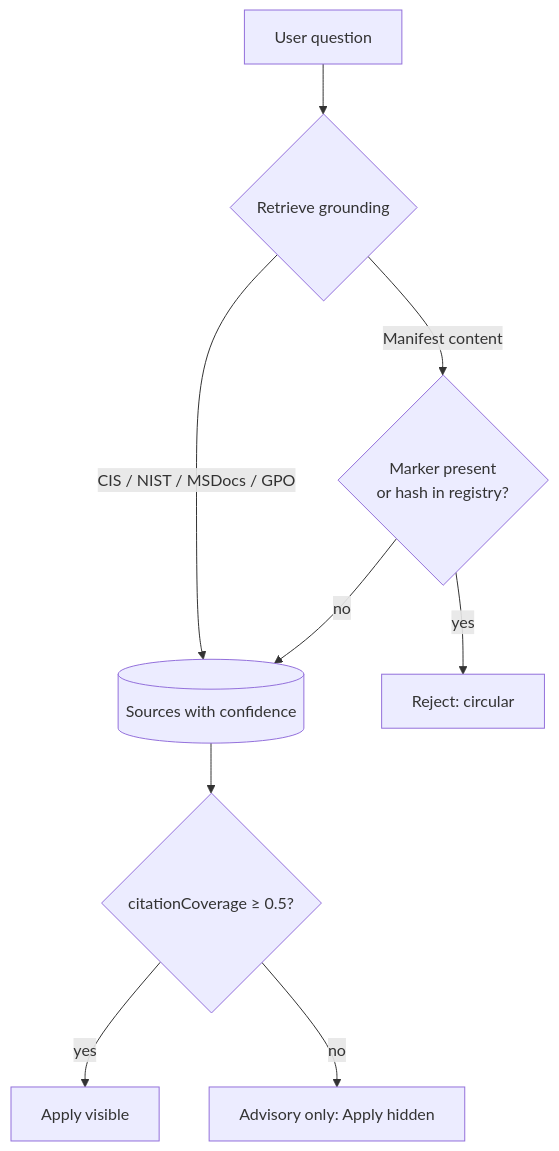
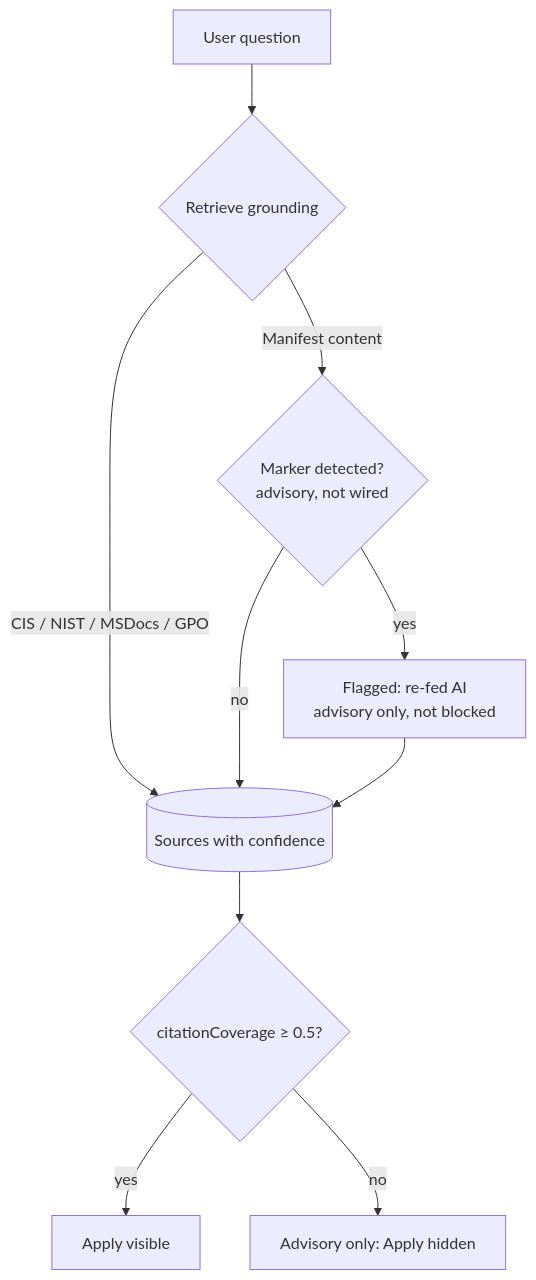
Before and after one commit to Azure/ConfigForge: the third of 4 diagrams in docs/src/architecture/diagrams.md, drawn with Mermaid. The commit also changed other lines of this file and 6 other files, not shown here.

````diff
--- a/docs/src/architecture/diagrams.md
+++ b/docs/src/architecture/diagrams.md
@@ -73,11 +75,12 @@
 ```mermaid
 flowchart TD
   Q[User question] --> Retrieval{Retrieve grounding}
   Retrieval -->|CIS / NIST / MSDocs / GPO| Sources[(Sources with confidence)]
-  Retrieval -->|Manifest content| Guard{Marker present<br/>or hash in registry?}
-  Guard -->|yes| Reject[Reject: circular]
+  Retrieval -->|Manifest content| Guard{Marker detected?<br/>advisory, not wired}
+  Guard -->|yes| Flag[Flagged: re-fed AI<br/>advisory only, not blocked]
   Guard -->|no| Sources
+  Flag --> Sources
   Sources --> Coverage{citationCoverage ≥ 0.5?}
   Coverage -->|yes| ShowApply[Apply visible]
   Coverage -->|no| Advisory[Advisory only: Apply hidden]
 ```
````
